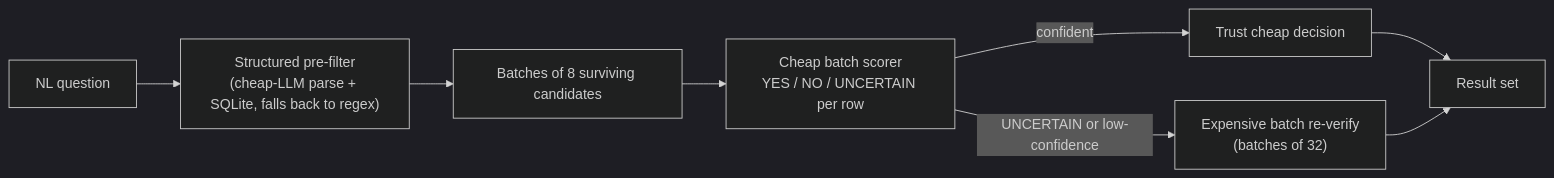
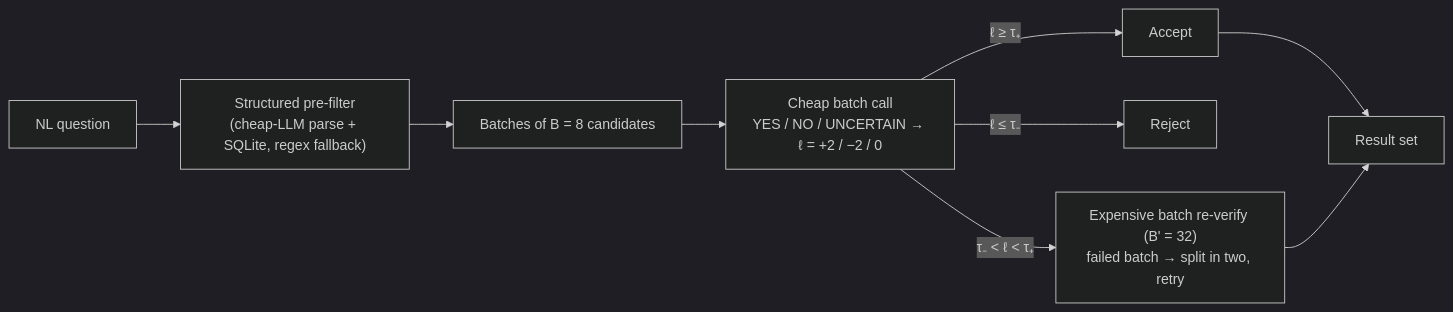
The fifth of 6 diagrams in README.md (AnnaRemi/SemanticCascadedLLMJoins), drawn with Mermaid (dark theme) before and after one commit. The commit also changed other lines of this file and 640 other files, not shown here.

````diff
--- a/README.md
+++ b/README.md
@@ -284,10 +296,11 @@
 ```mermaid
 flowchart LR
-    Q[NL question] --> SF["Structured pre-filter<br/>(cheap-LLM parse + SQLite, falls back to regex)"]
-    SF --> B["Batches of 8 surviving candidates"]
-    B --> CS["Cheap batch scorer<br/>YES / NO / UNCERTAIN per row"]
-    CS -->|confident| Acc[Trust cheap decision]
-    CS -->|UNCERTAIN or low-confidence| EX["Expensive batch re-verify<br/>(batches of 32)"]
+    Q[NL question] --> SF["Structured pre-filter<br/>(cheap-LLM parse + SQLite, regex fallback)"]
+    SF --> B["Batches of B = 8 candidates"]
+    B --> CS["Cheap batch call<br/>YES / NO / UNCERTAIN → ℓ = +2 / −2 / 0"]
+    CS -->|"ℓ ≥ τ₊"| Acc[Accept]
+    CS -->|"ℓ ≤ τ₋"| Rej[Reject]
+    CS -->|"τ₋ < ℓ < τ₊"| EX["Expensive batch re-verify (B' = 32)<br/>failed batch → split in two, retry"]
     Acc --> R[Result set]
     EX --> R
 ```
````
